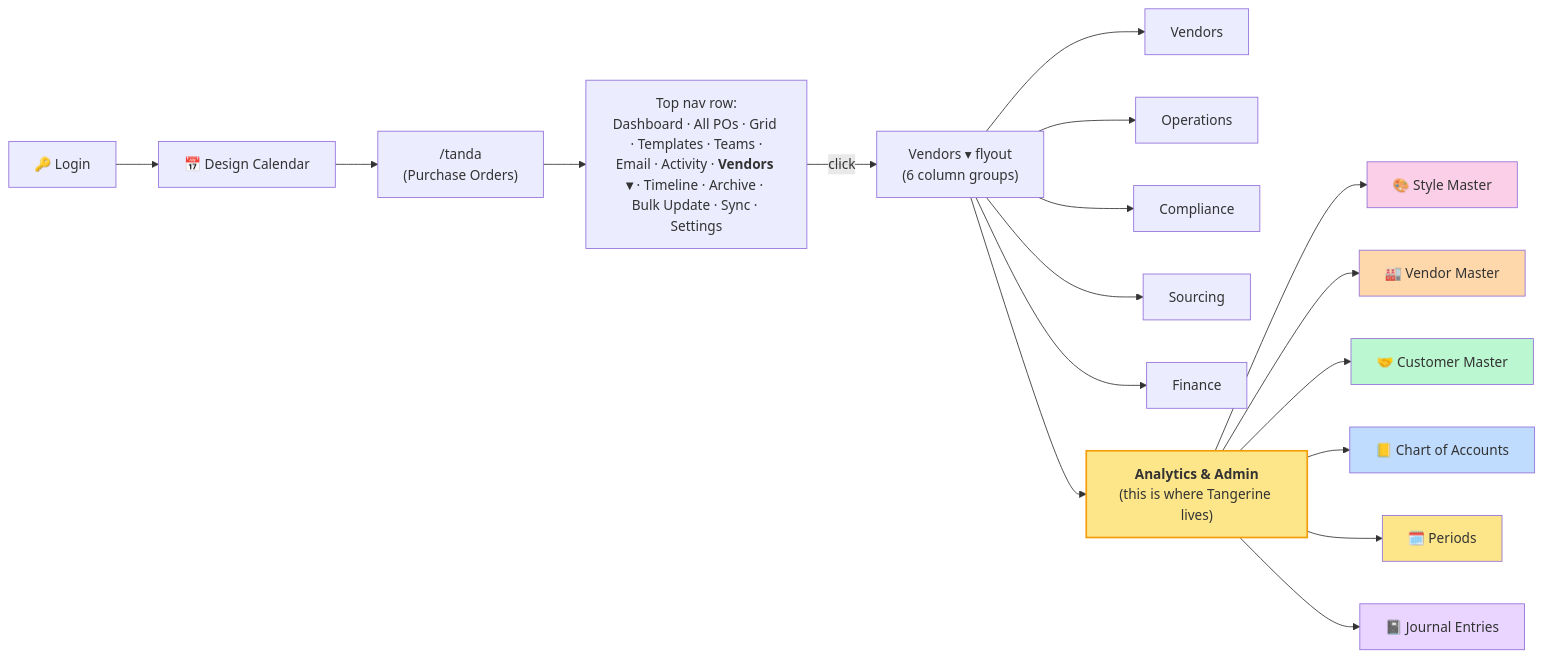
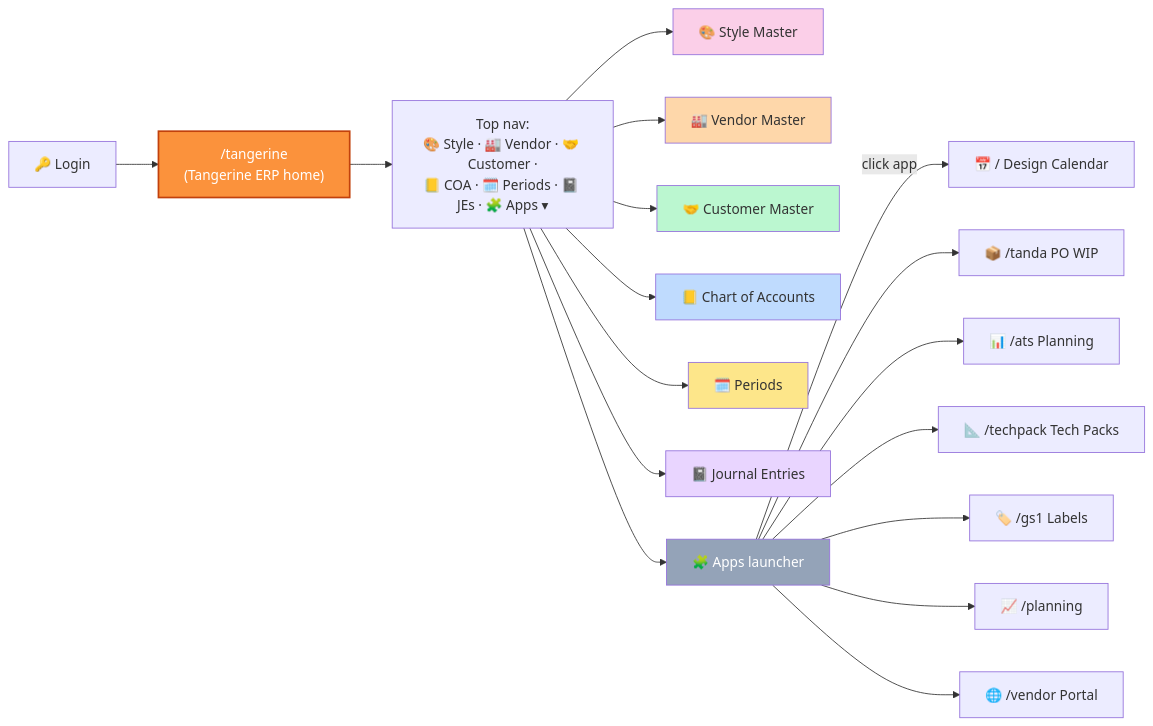
One commit to Eran-Rof/design-calendar-app changed the diagram in docs/tangerine/user-guide/01-getting-started.md. Above: the diagram before and after it, drawn with Mermaid. The commit also changed other lines of this file and 6 other files, not shown here.

````diff
--- a/docs/tangerine/user-guide/01-getting-started.md
+++ b/docs/tangerine/user-guide/01-getting-started.md
@@ -26,28 +25,30 @@
 ```mermaid
 flowchart LR
-    Login["🔑 Login"] --> DC["📅 Design Calendar"]
-    DC --> Tanda["/tanda<br/>(Purchase Orders)"]
-    Tanda --> TopNav["Top nav row:<br/>Dashboard · All POs · Grid · Templates · Teams ·<br/>Email · Activity · <b>Vendors ▾</b> · Timeline · Archive · Bulk Update · Sync · Settings"]
-    TopNav -->|click| Flyout["Vendors ▾ flyout<br/>(6 column groups)"]
-    Flyout --> Vendors["Vendors"]
-    Flyout --> Ops["Operations"]
-    Flyout --> Comp["Compliance"]
-    Flyout --> Source["Sourcing"]
-    Flyout --> Fin["Finance"]
-    Flyout --> Admin["<b>Analytics &amp; Admin</b><br/>(this is where Tangerine lives)"]
+    Login["🔑 Login"] --> Tangerine["/tangerine<br/>(Tangerine ERP home)"]
+    Tangerine --> TopNav["Top nav:<br/>🎨 Style · 🏭 Vendor · 🤝 Customer ·<br/>📒 COA · 🗓️ Periods · 📓 JEs · 🧩 Apps ▾"]
 
-    Admin --> Style["🎨 Style Master"]
-    Admin --> Vendor["🏭 Vendor Master"]
-    Admin --> Customer["🤝 Customer Master"]
-    Admin --> COA["📒 Chart of Accounts"]
-    Admin --> Periods["🗓️ Periods"]
-    Admin --> JE["📓 Journal Entries"]
+    TopNav --> Style["🎨 Style Master"]
+    TopNav --> Vendor["🏭 Vendor Master"]
+    TopNav --> Customer["🤝 Customer Master"]
+    TopNav --> COA["📒 Chart of Accounts"]
+    TopNav --> Periods["🗓️ Periods"]
+    TopNav --> JE["📓 Journal Entries"]
+    TopNav --> Apps["🧩 Apps launcher"]
 
-    style Admin fill:#fde68a,stroke:#f59e0b,stroke-width:2px
+    Apps -->|click app| DC["📅 / Design Calendar"]
+    Apps --> POWIP["📦 /tanda PO WIP"]
+    Apps --> ATS["📊 /ats Planning"]
+    Apps --> TP["📐 /techpack Tech Packs"]
+    Apps --> GS1["🏷️ /gs1 Labels"]
+    Apps --> Plan["📈 /planning"]
+    Apps --> VP["🌐 /vendor Portal"]
+
+    style Tangerine fill:#fb923c,stroke:#c2410c,stroke-width:2px,color:#fff
     style Style fill:#fbcfe8
     style Vendor fill:#fed7aa
     style Customer fill:#bbf7d0
     style COA fill:#bfdbfe
     style Periods fill:#fde68a
     style JE fill:#e9d5ff
+    style Apps fill:#94a3b8,color:#fff
 ```
````
